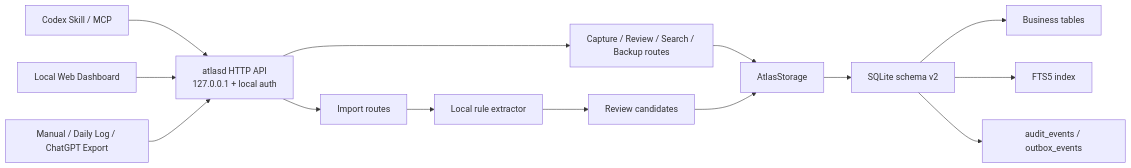
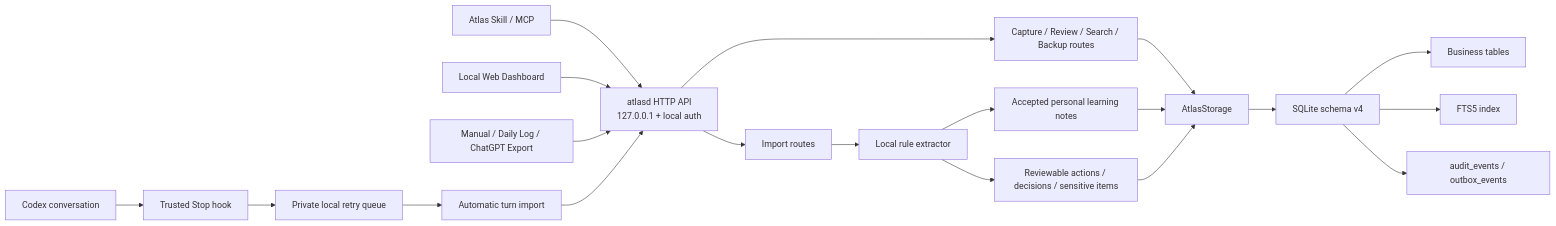
One commit to randyhe/tracekeep changed the first of 2 diagrams in docs/technical-reference.md. Above: the diagram before and after it, drawn with Mermaid. The commit also changed other lines of this file and 41 other files, not shown here.

````diff
--- a/docs/technical-reference.md
+++ b/docs/technical-reference.md
@@ -7,18 +7,24 @@
 ```mermaid
 flowchart LR
-    Codex["Codex Skill / MCP"] --> API
+    Codex["Codex conversation"] --> Stop["Trusted Stop hook"]
+    Stop --> Queue["Private local retry queue"]
+    Queue --> Turn["Automatic turn import"]
+    Skill["Atlas Skill / MCP"] --> API
     Web["Local Web Dashboard"] --> API
     Imports["Manual / Daily Log / ChatGPT Export"] --> API
 
     API["atlasd HTTP API<br/>127.0.0.1 + local auth"] --> Standard["Capture / Review / Search / Backup routes"]
     API --> ImportRoutes["Import routes"]
+    Turn --> API
     ImportRoutes --> Extractor["Local rule extractor"]
-    Extractor --> Review["Review candidates"]
+    Extractor --> References["Accepted personal learning notes"]
+    Extractor --> Review["Reviewable actions / decisions / sensitive items"]
 
     Standard --> Storage["AtlasStorage"]
+    References --> Storage
     Review --> Storage
-    Storage --> SQLite["SQLite schema v2"]
+    Storage --> SQLite["SQLite schema v4"]
     SQLite --> Business["Business tables"]
     SQLite --> FTS["FTS5 index"]
     SQLite --> Events["audit_events / outbox_events"]
 ```
````
